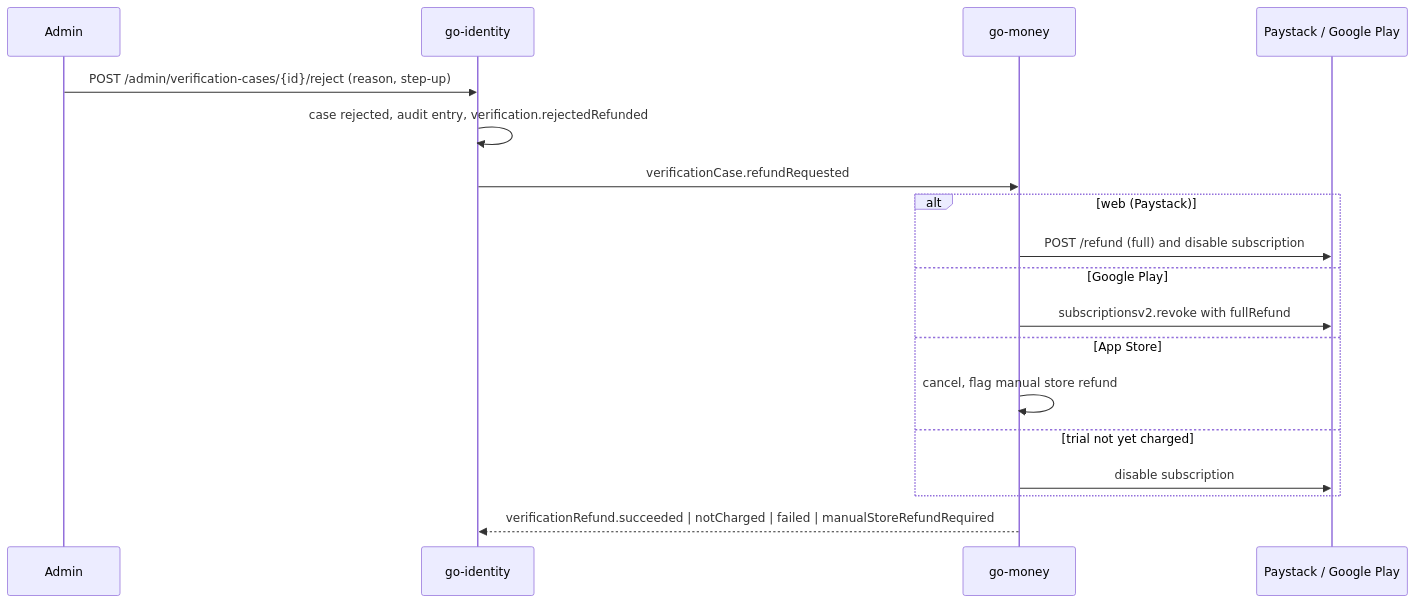
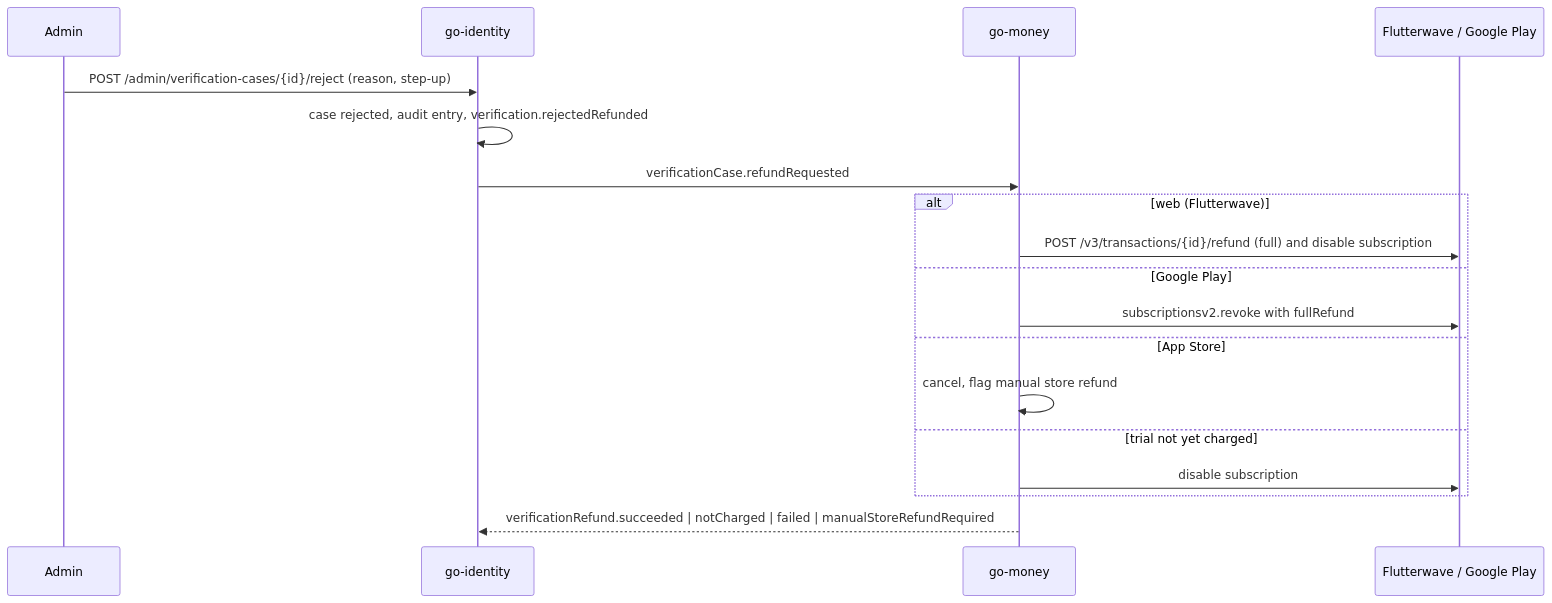
Before and after one commit to telente-technologies/nantty: the third of 3 diagrams in docs/integrations/smileId.md, drawn with Mermaid. The commit also changed other lines of this file and 1 other file, not shown here.

Commit message:
docs/integrations batch 1

````diff
--- a/docs/integrations/smileId.md
+++ b/docs/integrations/smileId.md
@@ -66,20 +66,20 @@
 ```mermaid
 sequenceDiagram
     participant A as Admin
     participant I as go-identity
     participant M as go-money
-    participant P as Paystack / Google Play
+    participant P as Flutterwave / Google Play
     A->>I: POST /admin/verification-cases/{id}/reject (reason, step-up)
     I->>I: case rejected, audit entry, verification.rejectedRefunded
     I->>M: verificationCase.refundRequested
-    alt web (Paystack)
-        M->>P: POST /refund (full) and disable subscription
+    alt web (Flutterwave)
+        M->>P: POST /v3/transactions/{id}/refund (full) and disable subscription
     else Google Play
         M->>P: subscriptionsv2.revoke with fullRefund
     else App Store
         M->>M: cancel, flag manual store refund
     else trial not yet charged
         M->>P: disable subscription
     end
     M-->>I: verificationRefund.succeeded | notCharged | failed | manualStoreRefundRequired
 ```
````
